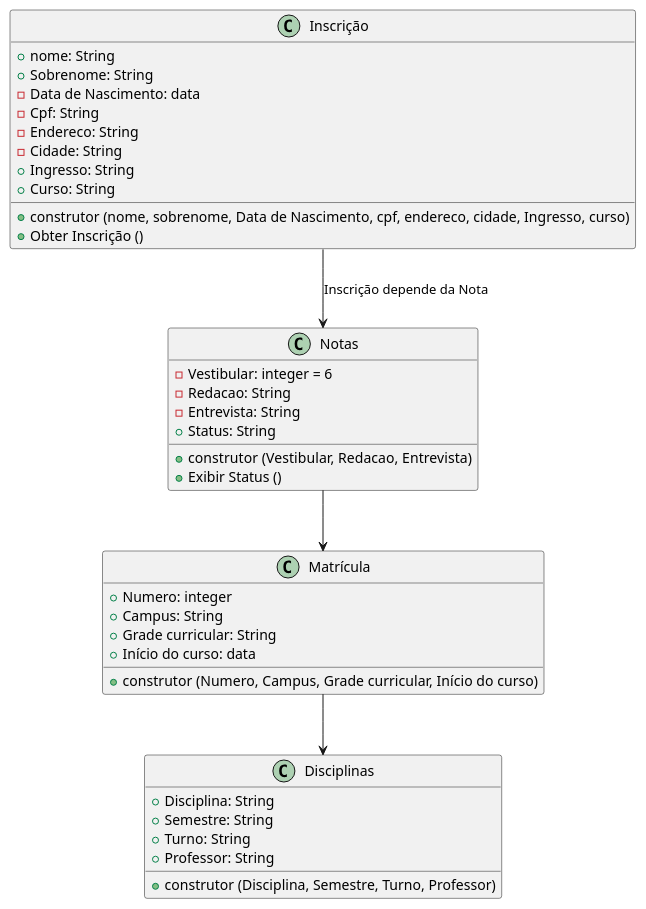
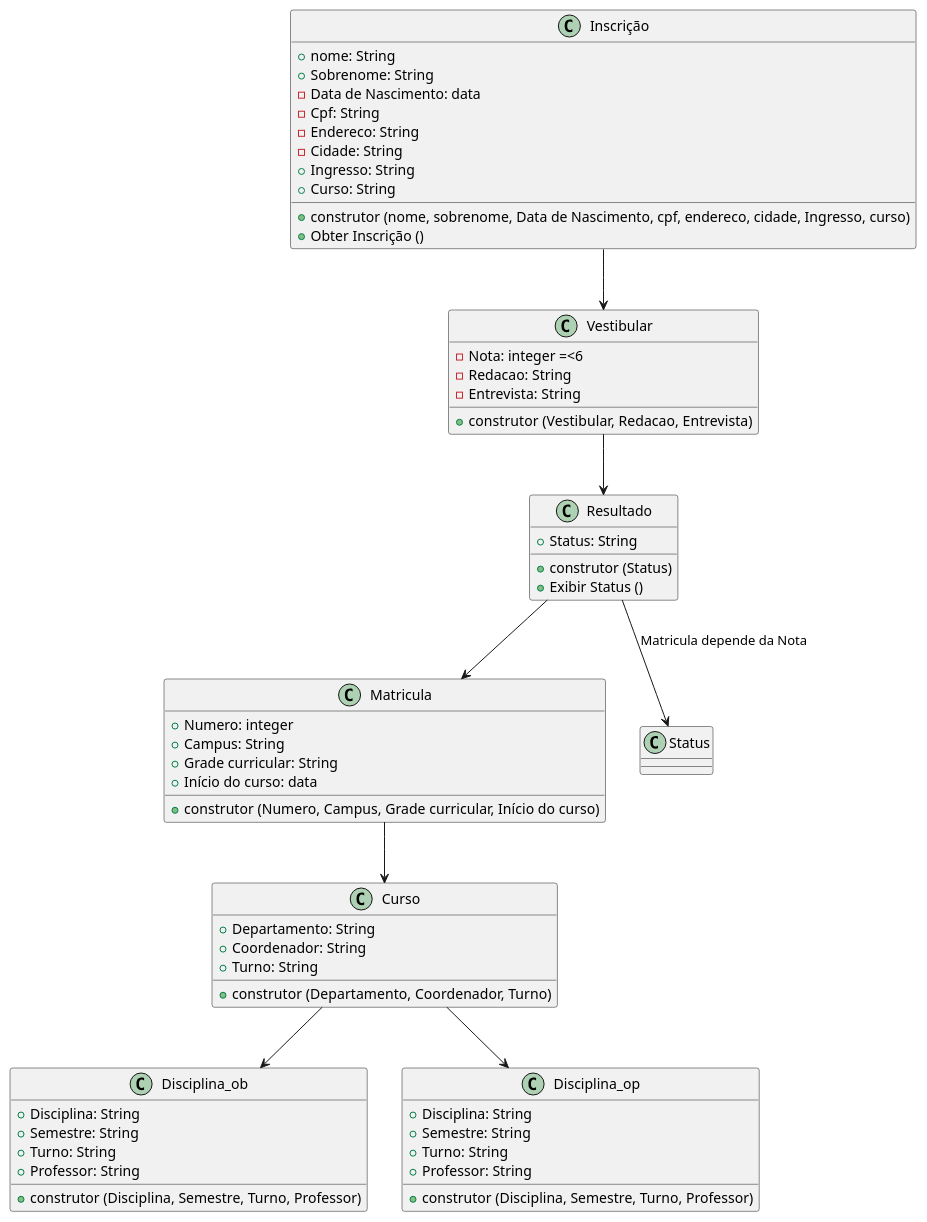
The diagram in matricula_universidade.PlantUML (FerCarvalhoRP/N2_POO), drawn with PlantUML before and after one commit. The commit also changed 1 other file, not shown here.

```diff
--- a/matricula_universidade.PlantUML
+++ b/matricula_universidade.PlantUML
@@ -1,46 +1,67 @@
 @startuml Matricula UFSM
 
 Class Inscrição {
 + nome: String
 + Sobrenome: String
 - Data de Nascimento: data
 - Cpf: String
 - Endereco: String
 - Cidade: String
 + Ingresso: String
 + Curso: String
 + construtor (nome, sobrenome, Data de Nascimento, cpf, endereco, cidade, Ingresso, curso)
 + Obter Inscrição ()
-
 }
 
-Class Notas {
-- Vestibular: integer = 6
+Class Vestibular {
+- Nota: integer =<6
 - Redacao: String
 - Entrevista: String
++ construtor (Vestibular, Redacao, Entrevista)
+}
+
+Class Resultado {
 + Status: String
-+ construtor (Vestibular, Redacao, Entrevista)
++ construtor (Status)
 + Exibir Status ()
 }
 
-Class Matrícula {
+Class Matricula {
 + Numero: integer
 + Campus: String
 + Grade curricular: String
 + Início do curso: data
 + construtor (Numero, Campus, Grade curricular, Início do curso)
 }
 
-Class Disciplinas {
+Class Curso {
++ Departamento: String
++ Coordenador: String
++ Turno: String
++ construtor (Departamento, Coordenador, Turno)
+}
+
+Class Disciplina_ob {
 + Disciplina: String
 + Semestre: String
 + Turno: String
 + Professor: String
 + construtor (Disciplina, Semestre, Turno, Professor)
 }
 
-Inscrição --> Notas : Inscrição depende da Nota
-Notas --> Matrícula
-Matrícula --> Disciplinas
+Class Disciplina_op {
++ Disciplina: String
++ Semestre: String
++ Turno: String
++ Professor: String
++ construtor (Disciplina, Semestre, Turno, Professor)
+}
 
+Inscrição --> Vestibular 
+Vestibular --> Resultado
+Resultado --> Matricula
+Resultado --> Status : Matricula depende da Nota
+Matricula --> Curso
+Curso --> Disciplina_ob 
+Curso --> Disciplina_op
 @enduml
```
